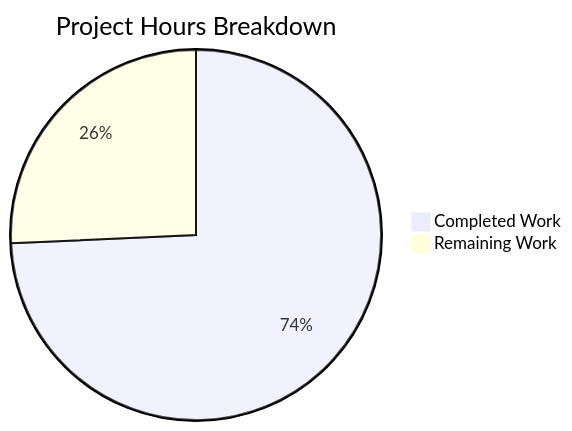
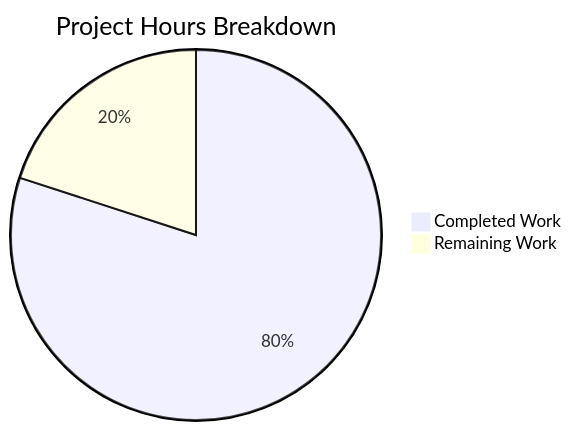
Before and after one commit to Blitzy-Sandbox/blitzy-cal: the second of 2 diagrams in blitzy/documentation/Project Guide.md, drawn with Mermaid. The commit also changed other lines of this file, not shown here.

Commit message:
Adding Blitzy Project Guide: Project Status and Human Tasks Remaining

````diff
--- a/blitzy/documentation/Project Guide.md
+++ b/blitzy/documentation/Project Guide.md
@@ -175,5 +200,5 @@
 ```mermaid
 pie title Project Hours Breakdown
-    "Completed Work" : 26
-    "Remaining Work" : 9
+    "Completed Work" : 32
+    "Remaining Work" : 8
 ```
````
